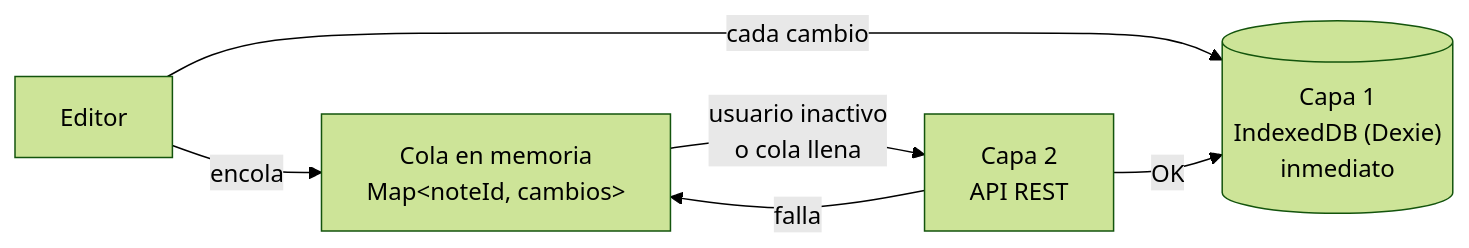
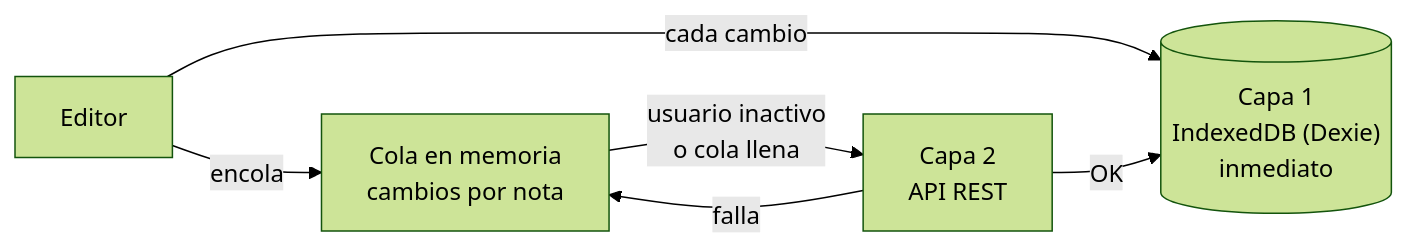
One commit to marcgaalvez/beta3m-showcase changed the first of 2 diagrams in docs/offline-sync.md. Above: the diagram before and after it, drawn with Mermaid (forest theme). The commit also changed 4 other files, not shown here.

````diff
--- a/docs/offline-sync.md
+++ b/docs/offline-sync.md
@@ -10,8 +10,8 @@
 ```mermaid
 flowchart LR
     E["Editor"] -->|"cada cambio"| D[("Capa 1<br/>IndexedDB (Dexie)<br/>inmediato")]
-    E -->|"encola"| Q["Cola en memoria<br/>Map&lt;noteId, cambios&gt;"]
+    E -->|"encola"| Q["Cola en memoria<br/>cambios por nota"]
     Q -->|"usuario inactivo<br/>o cola llena"| A["Capa 2<br/>API REST"]
     A -->|"falla"| Q
     A -->|"OK"| D
 ```
````
